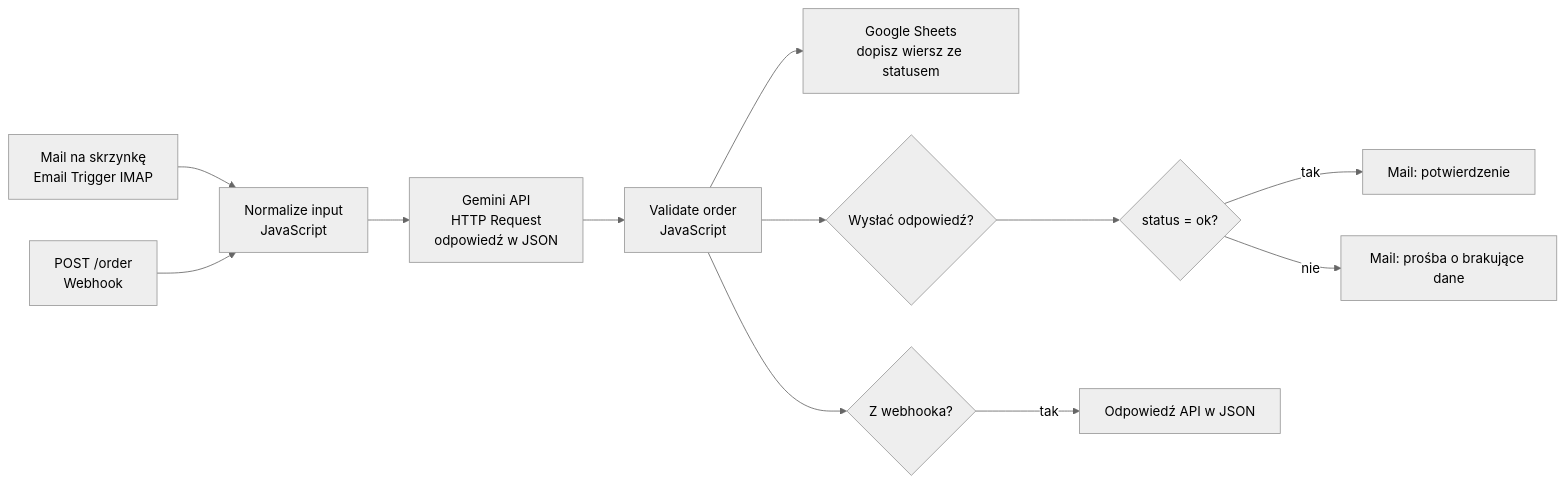
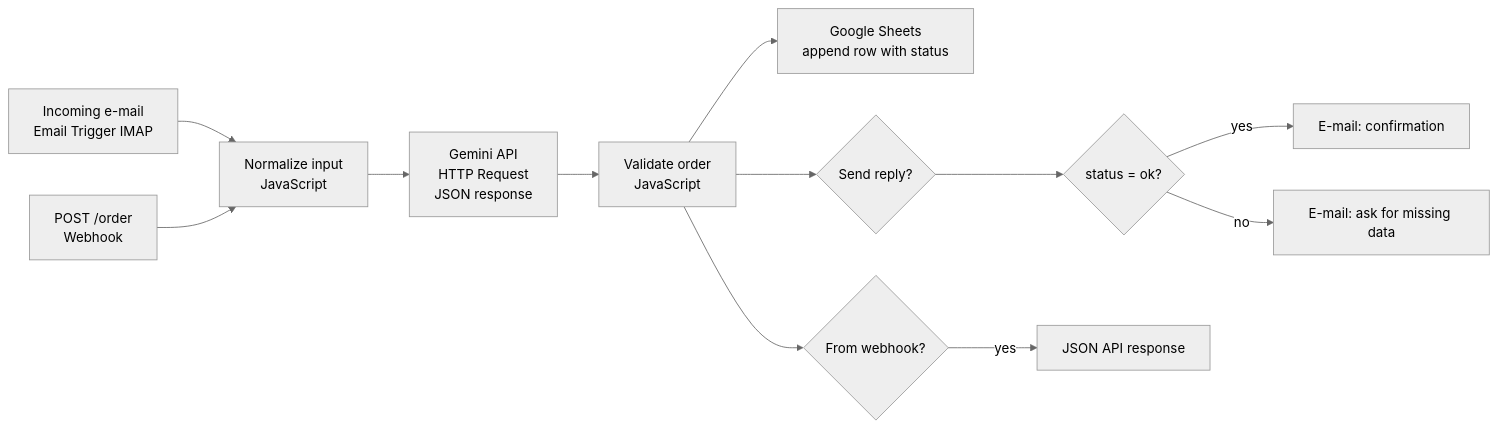
One commit to wiktor77887-bit/n8n-ai-order-intake changed the diagram in README.md. Above: the diagram before and after it, drawn with Mermaid (neutral theme). The commit also changed other lines of this file and 2 other files, not shown here.

````diff
--- a/README.md
+++ b/README.md
@@ -22,14 +23,14 @@
 ```mermaid
 flowchart LR
-    A[Mail na skrzynkę<br/>Email Trigger IMAP] --> N[Normalize input<br/>JavaScript]
+    A[Incoming e-mail<br/>Email Trigger IMAP] --> N[Normalize input<br/>JavaScript]
     B[POST /order<br/>Webhook] --> N
-    N --> G[Gemini API<br/>HTTP Request<br/>odpowiedź w JSON]
+    N --> G[Gemini API<br/>HTTP Request<br/>JSON response]
     G --> V[Validate order<br/>JavaScript]
-    V --> S[Google Sheets<br/>dopisz wiersz ze statusem]
-    V --> R{Wysłać odpowiedź?}
+    V --> S[Google Sheets<br/>append row with status]
+    V --> R{Send reply?}
     R --> O{status = ok?}
-    O -- tak --> C[Mail: potwierdzenie]
-    O -- nie --> M[Mail: prośba o brakujące dane]
-    V --> W{Z webhooka?}
-    W -- tak --> RW[Odpowiedź API w JSON]
+    O -- yes --> C[E-mail: confirmation]
+    O -- no --> M[E-mail: ask for missing data]
+    V --> W{From webhook?}
+    W -- yes --> RW[JSON API response]
 ```
````
